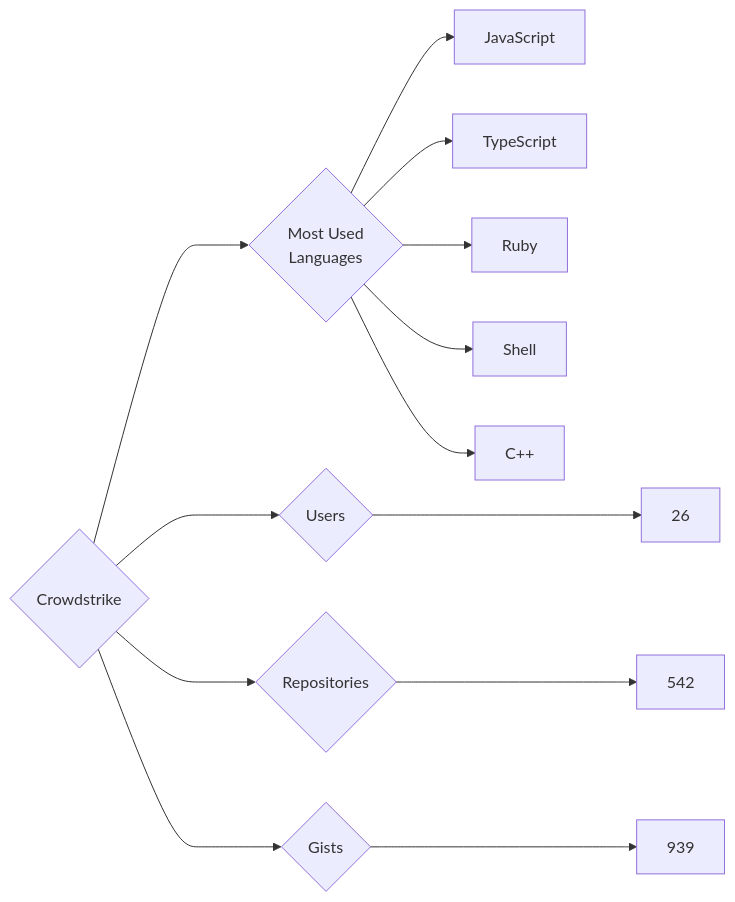
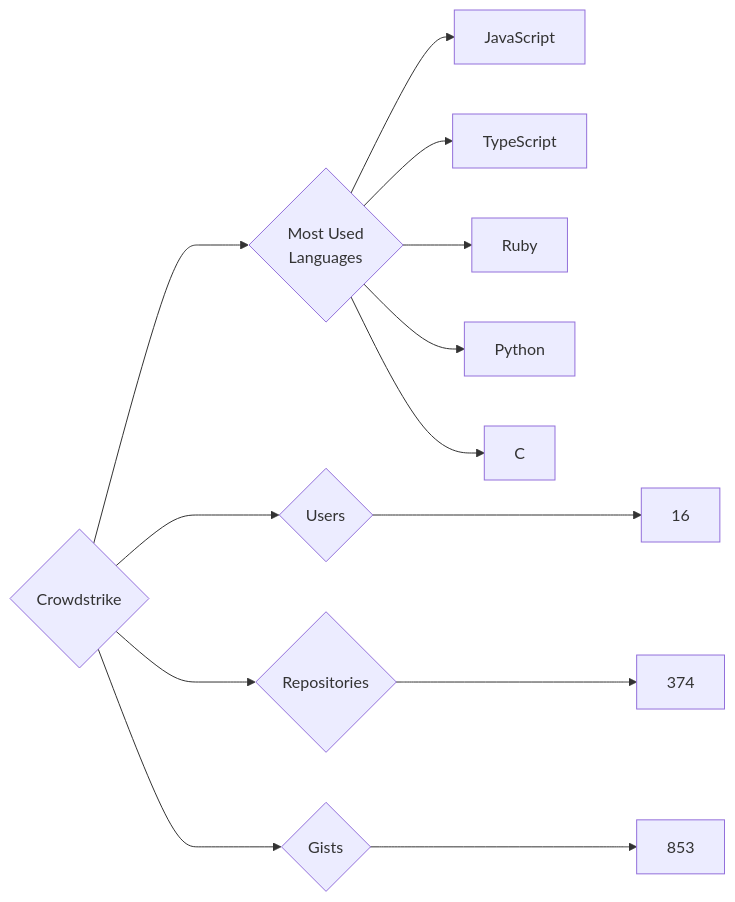
The diagram in targets/Crowdstrike/README.md (trickest/insiders), drawn with Mermaid before and after one commit. The commit also changed 1195 other files, not shown here.

````diff
--- a/targets/Crowdstrike/README.md
+++ b/targets/Crowdstrike/README.md
@@ -3,13 +3,13 @@
 ```mermaid
 graph LR
 COMPANY_NAME{Crowdstrike}
-COMPANY_NAME ---> U{Users} ---> UN[26]
-COMPANY_NAME ---> R{Repositories} ---> RN[542]
-COMPANY_NAME ---> G{Gists} ---> GN[939]
+COMPANY_NAME ---> U{Users} ---> UN[16]
+COMPANY_NAME ---> R{Repositories} ---> RN[374]
+COMPANY_NAME ---> G{Gists} ---> GN[853]
 COMPANY_NAME ---> ML{Most Used<br>Languages}
 ML --> JavaScript[JavaScript]
 ML --> TypeScript[TypeScript]
 ML --> Ruby[Ruby]
-ML --> Shell[Shell]
-ML --> C++[C++]
+ML --> Python[Python]
+ML --> C[C]
 ```
````
